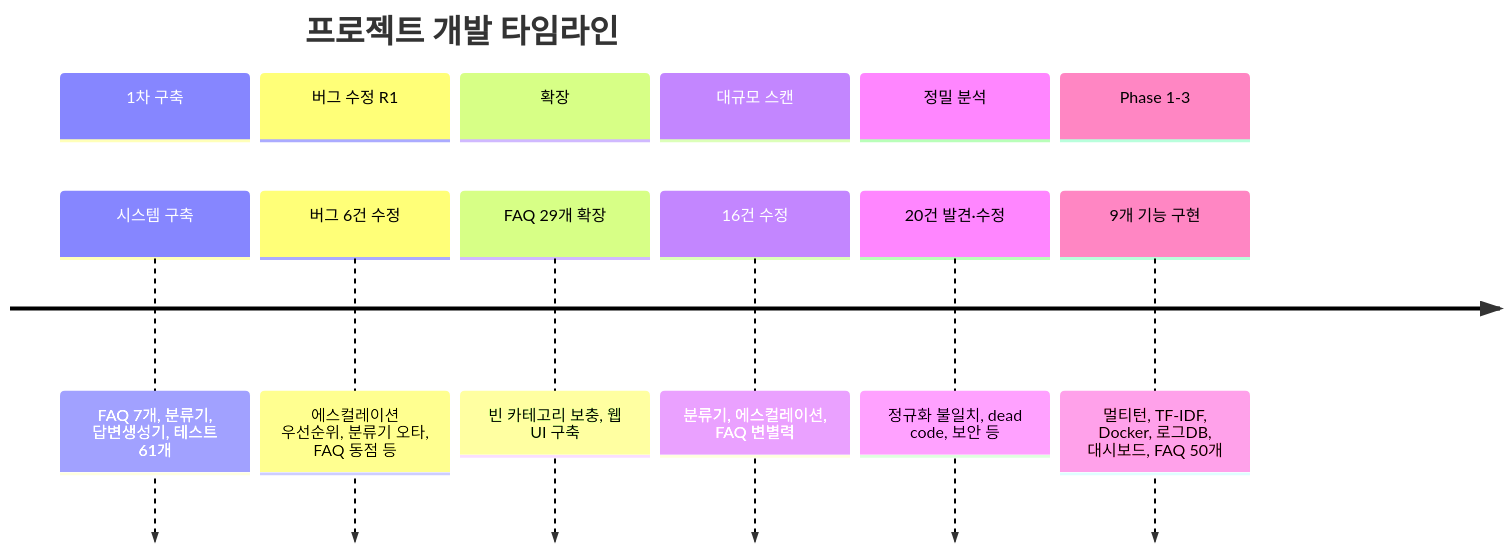
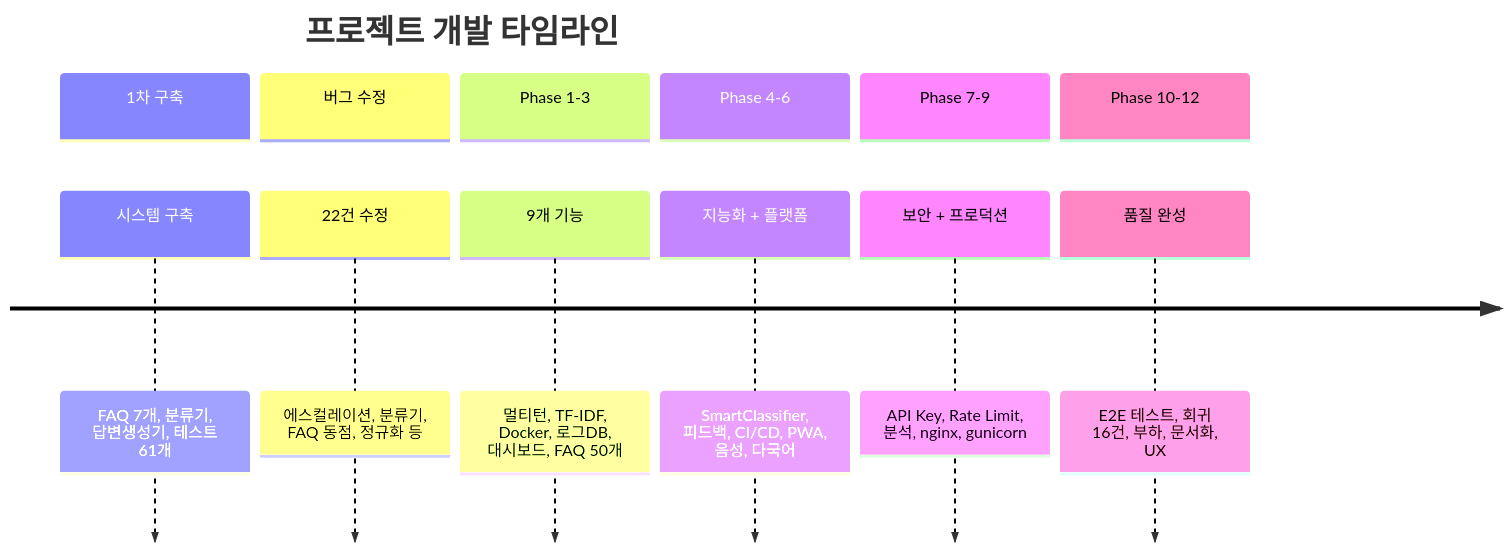
The sixth of 6 diagrams in README.md (sun475300-sudo/bonded-exhibition-chatbot-data), drawn with Mermaid before and after one commit. The commit also changed other lines of this file, not shown here.

First line of the commit message:
docs: README 최신화 - 422개 테스트, 전체 프로젝트 구조 반영

````diff
--- a/README.md
+++ b/README.md
@@ -297,16 +327,16 @@
 ```mermaid
 timeline
     title 프로젝트 개발 타임라인
     section 1차 구축
         시스템 구축 : FAQ 7개, 분류기, 답변생성기, 테스트 61개
-    section 버그 수정 R1
-        버그 6건 수정 : 에스컬레이션 우선순위, 분류기 오타, FAQ 동점 등
-    section 확장
-        FAQ 29개 확장 : 빈 카테고리 보충, 웹 UI 구축
-    section 대규모 스캔
-        16건 수정 : 분류기, 에스컬레이션, FAQ 변별력
-    section 정밀 분석
-        20건 발견·수정 : 정규화 불일치, dead code, 보안 등
+    section 버그 수정
+        22건 수정 : 에스컬레이션, 분류기, FAQ 동점, 정규화 등
     section Phase 1-3
-        9개 기능 구현 : 멀티턴, TF-IDF, Docker, 로그DB, 대시보드, FAQ 50개
+        9개 기능 : 멀티턴, TF-IDF, Docker, 로그DB, 대시보드, FAQ 50개
+    section Phase 4-6
+        지능화 + 플랫폼 : SmartClassifier, 피드백, CI/CD, PWA, 음성, 다국어
+    section Phase 7-9
+        보안 + 프로덕션 : API Key, Rate Limit, 분석, nginx, gunicorn
+    section Phase 10-12
+        품질 완성 : E2E 테스트, 회귀 16건, 부하, 문서화, UX
 ```
````
